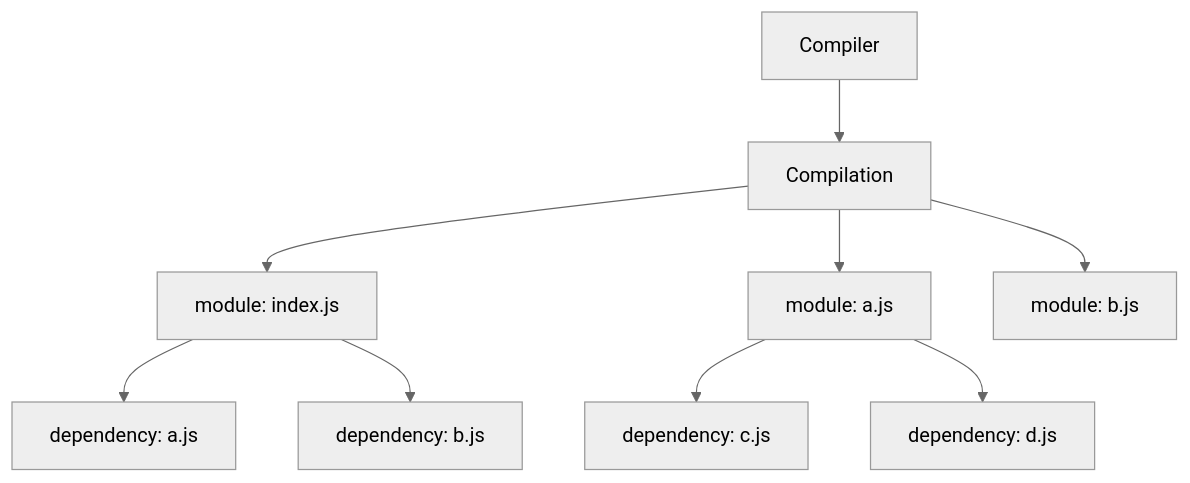
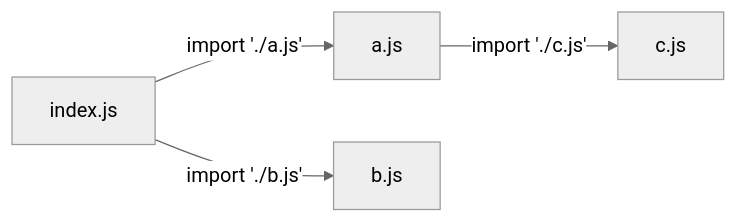
Before and after one commit to Jaxon1216/homepage: the fifth of 19 diagrams in content/posts/frontend-build-tools-evolution.mdx, drawn with Mermaid (neutral theme). The commit also changed other lines of this file and 3 other files, not shown here.

````diff
--- a/content/posts/frontend-build-tools-evolution.mdx
+++ b/content/posts/frontend-build-tools-evolution.mdx
@@ -354,11 +424,6 @@
 ```mermaid
-flowchart TB
-  A[Compiler] --> B[Compilation]
-  B --> M0["module: index.js"]
-  B --> M1["module: a.js"]
-  B --> M2["module: b.js"]
-  M0 --> D0["dependency: a.js"]
-  M0 --> D1["dependency: b.js"]
-  M1 --> D2["dependency: c.js"]
-  M1 --> D3["dependency: d.js"]
+flowchart LR
+  I["index.js"] -->|"import './a.js'"| A["a.js"]
+  I -->|"import './b.js'"| B["b.js"]
+  A -->|"import './c.js'"| C["c.js"]
 ```
````
